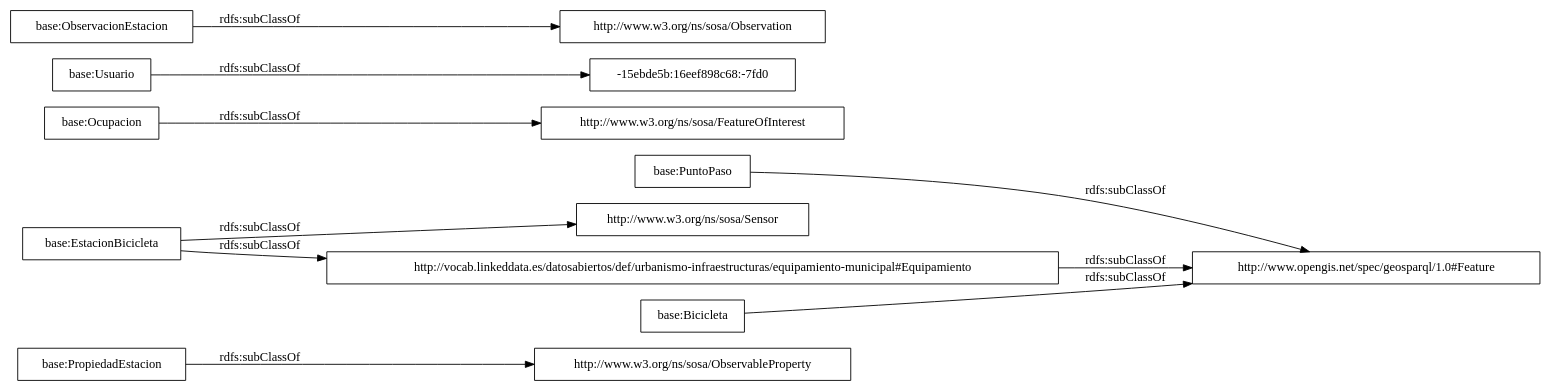
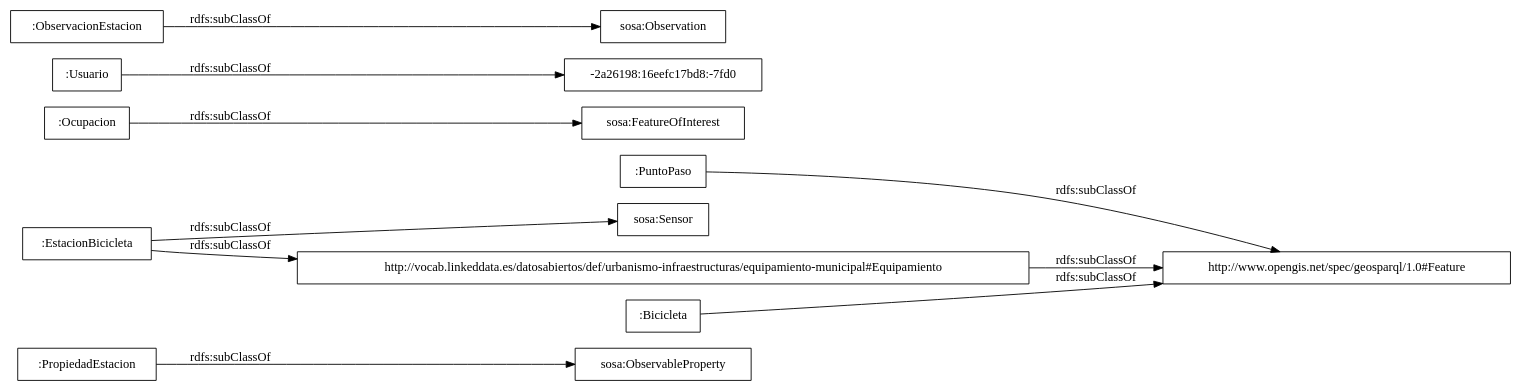
One commit to opencitydata/transporte-bici-datos-publicos changed the diagram in OnToology/Ontology/bicicleta-publica.owl/diagrams/ar2dtool-taxonomy/bicicleta-publica.owl.png.dot. Above: the diagram before and after it, drawn with Graphviz. The commit also changed 12 other files, not shown here.

```diff
--- a/OnToology/Ontology/bicicleta-publica.owl/diagrams/ar2dtool-taxonomy/bicicleta-publica.owl.png.dot
+++ b/OnToology/Ontology/bicicleta-publica.owl/diagrams/ar2dtool-taxonomy/bicicleta-publica.owl.png.dot
@@ -1,15 +1,15 @@
 digraph ar2dtool_diagram { 
 rankdir=LR;
 size="1000"
-node [shape = rectangle, color="black"]; "base:PropiedadEstacion" "base:PuntoPaso" "http://www.w3.org/ns/sosa/ObservableProperty" "http://www.w3.org/ns/sosa/FeatureOfInterest" "base:Usuario" "base:Ocupacion" "-15ebde5b:16eef898c68:-7fd0" "http://www.w3.org/ns/sosa/Observation" "http://www.w3.org/ns/sosa/Sensor" "http://vocab.linkeddata.es/datosabiertos/def/urbanismo-infraestructuras/equipamiento-municipal#Equipamiento" "base:EstacionBicicleta" "base:ObservacionEstacion" "base:Bicicleta" "http://www.opengis.net/spec/geosparql/1.0#Feature" ; /*classes style*/
+node [shape = rectangle, color="black"]; ":PropiedadEstacion" ":PuntoPaso" "sosa:ObservableProperty" "sosa:FeatureOfInterest" ":Usuario" ":Ocupacion" "sosa:Observation" "-2a26198:16eefc17bd8:-7fd0" "sosa:Sensor" "http://vocab.linkeddata.es/datosabiertos/def/urbanismo-infraestructuras/equipamiento-municipal#Equipamiento" ":EstacionBicicleta" ":ObservacionEstacion" ":Bicicleta" "http://www.opengis.net/spec/geosparql/1.0#Feature" ; /*classes style*/
 	"http://vocab.linkeddata.es/datosabiertos/def/urbanismo-infraestructuras/equipamiento-municipal#Equipamiento" -> "http://www.opengis.net/spec/geosparql/1.0#Feature" [ label = "rdfs:subClassOf" ];
-	"base:EstacionBicicleta" -> "http://vocab.linkeddata.es/datosabiertos/def/urbanismo-infraestructuras/equipamiento-municipal#Equipamiento" [ label = "rdfs:subClassOf" ];
-	"base:EstacionBicicleta" -> "http://www.w3.org/ns/sosa/Sensor" [ label = "rdfs:subClassOf" ];
-	"base:Usuario" -> "-15ebde5b:16eef898c68:-7fd0" [ label = "rdfs:subClassOf" ];
-	"base:Bicicleta" -> "http://www.opengis.net/spec/geosparql/1.0#Feature" [ label = "rdfs:subClassOf" ];
-	"base:PuntoPaso" -> "http://www.opengis.net/spec/geosparql/1.0#Feature" [ label = "rdfs:subClassOf" ];
-	"base:Ocupacion" -> "http://www.w3.org/ns/sosa/FeatureOfInterest" [ label = "rdfs:subClassOf" ];
-	"base:PropiedadEstacion" -> "http://www.w3.org/ns/sosa/ObservableProperty" [ label = "rdfs:subClassOf" ];
-	"base:ObservacionEstacion" -> "http://www.w3.org/ns/sosa/Observation" [ label = "rdfs:subClassOf" ];
+	":EstacionBicicleta" -> "http://vocab.linkeddata.es/datosabiertos/def/urbanismo-infraestructuras/equipamiento-municipal#Equipamiento" [ label = "rdfs:subClassOf" ];
+	":EstacionBicicleta" -> "sosa:Sensor" [ label = "rdfs:subClassOf" ];
+	":Usuario" -> "-2a26198:16eefc17bd8:-7fd0" [ label = "rdfs:subClassOf" ];
+	":Bicicleta" -> "http://www.opengis.net/spec/geosparql/1.0#Feature" [ label = "rdfs:subClassOf" ];
+	":PuntoPaso" -> "http://www.opengis.net/spec/geosparql/1.0#Feature" [ label = "rdfs:subClassOf" ];
+	":Ocupacion" -> "sosa:FeatureOfInterest" [ label = "rdfs:subClassOf" ];
+	":PropiedadEstacion" -> "sosa:ObservableProperty" [ label = "rdfs:subClassOf" ];
+	":ObservacionEstacion" -> "sosa:Observation" [ label = "rdfs:subClassOf" ];
 
 }
```
